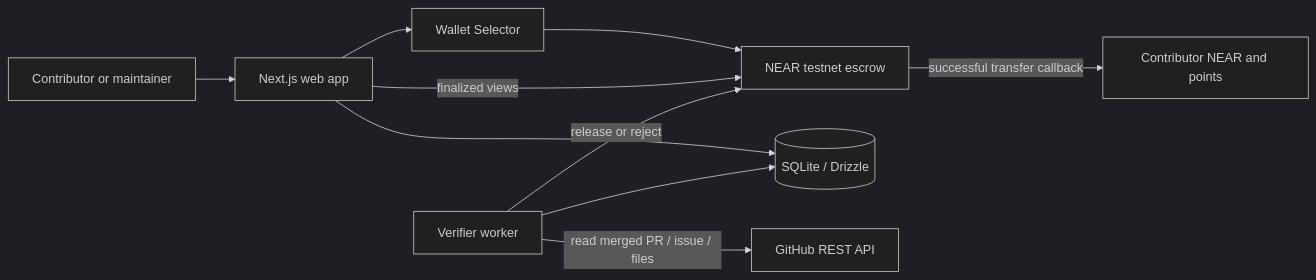
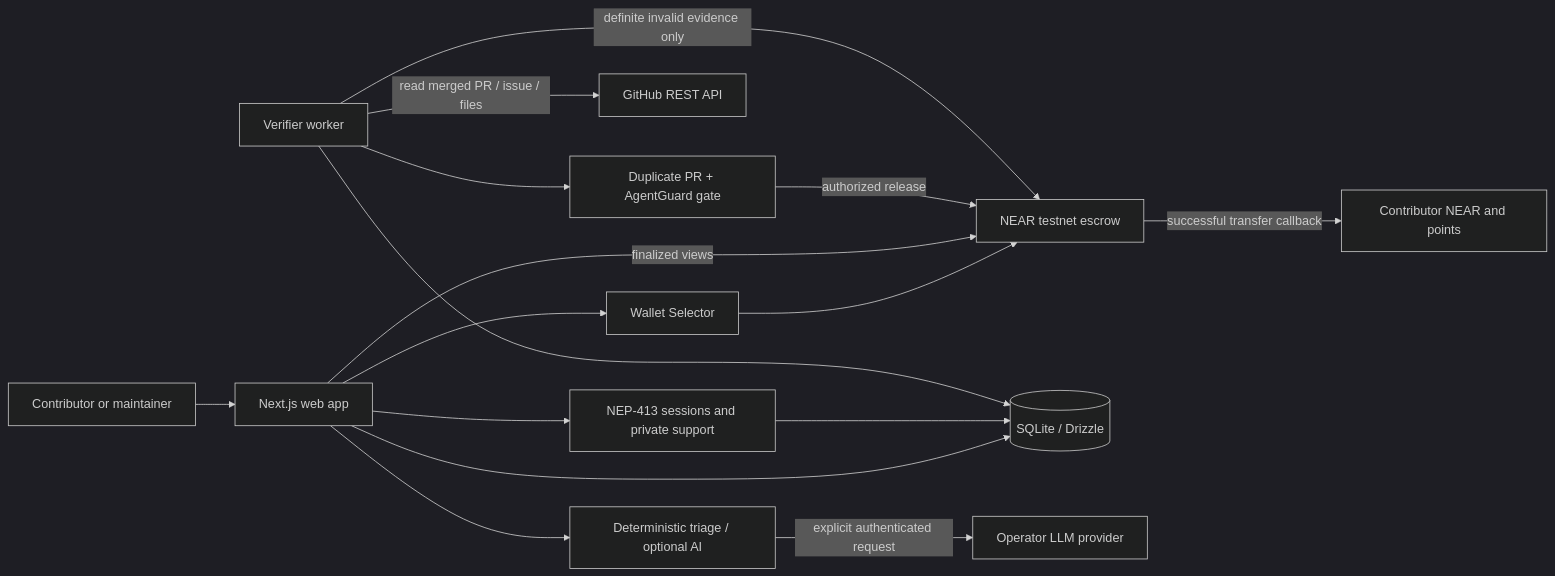
One commit to CodeMasterLabs/gitsettle changed the first of 2 diagrams in ARCHITECTURE.md. Above: the diagram before and after it, drawn with Mermaid (dark theme). The commit also changed other lines of this file and 165 other files, not shown here.

Commit message:
feat: add guarded payouts, wallet support and optional AI triage

````diff
--- a/ARCHITECTURE.md
+++ b/ARCHITECTURE.md
@@ -5,12 +5,18 @@
 ```mermaid
 flowchart LR
   U[Contributor or maintainer] --> W[Next.js web app]
   W --> S[Wallet Selector]
   S --> C[NEAR testnet escrow]
   W --> DB[(SQLite / Drizzle)]
   W -->|finalized views| C
   V[Verifier worker] -->|read merged PR / issue / files| G[GitHub REST API]
-  V -->|release or reject| C
+  V --> R[Duplicate PR + AgentGuard gate]
+  R -->|authorized release| C
+  V -->|definite invalid evidence only| C
+  W --> A[NEP-413 sessions and private support]
+  A --> DB
+  W --> T[Deterministic triage / optional AI]
+  T -->|explicit authenticated request| L[Operator LLM provider]
   V --> DB
   C -->|successful transfer callback| P[Contributor NEAR and points]
 ```
````
